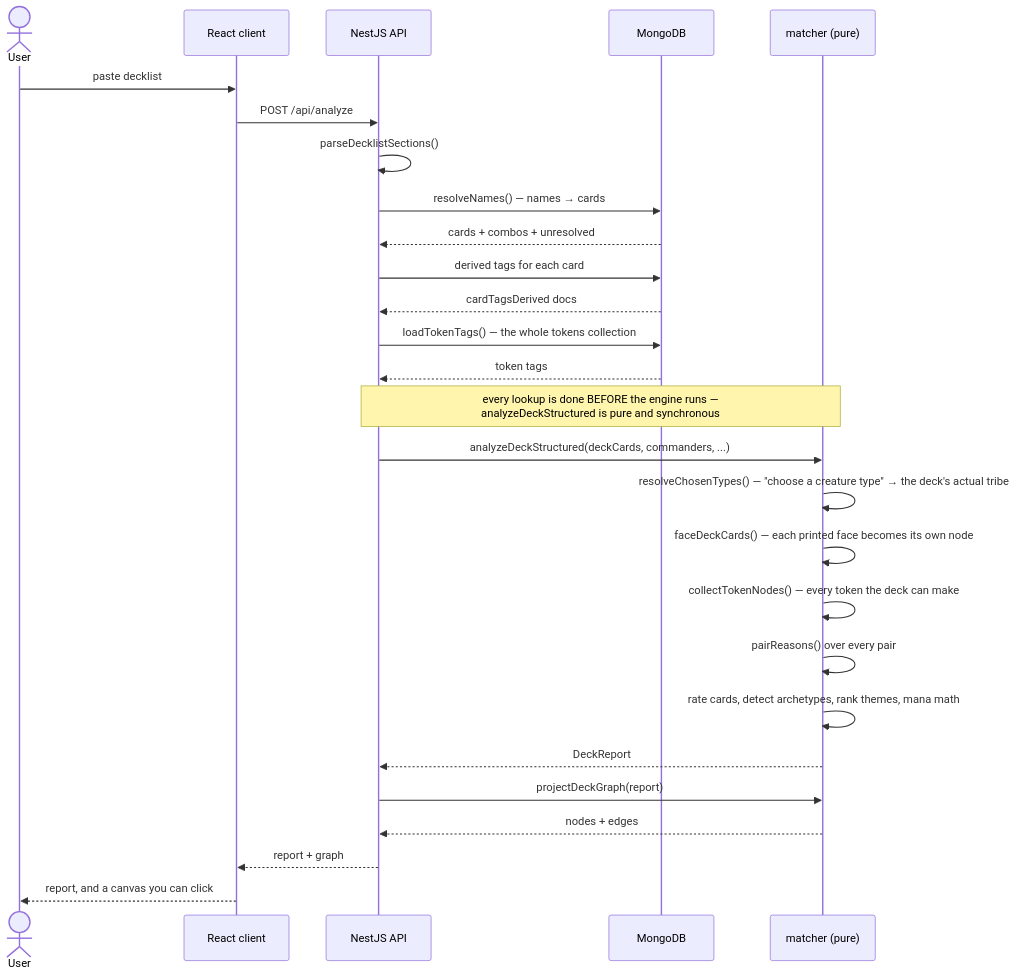
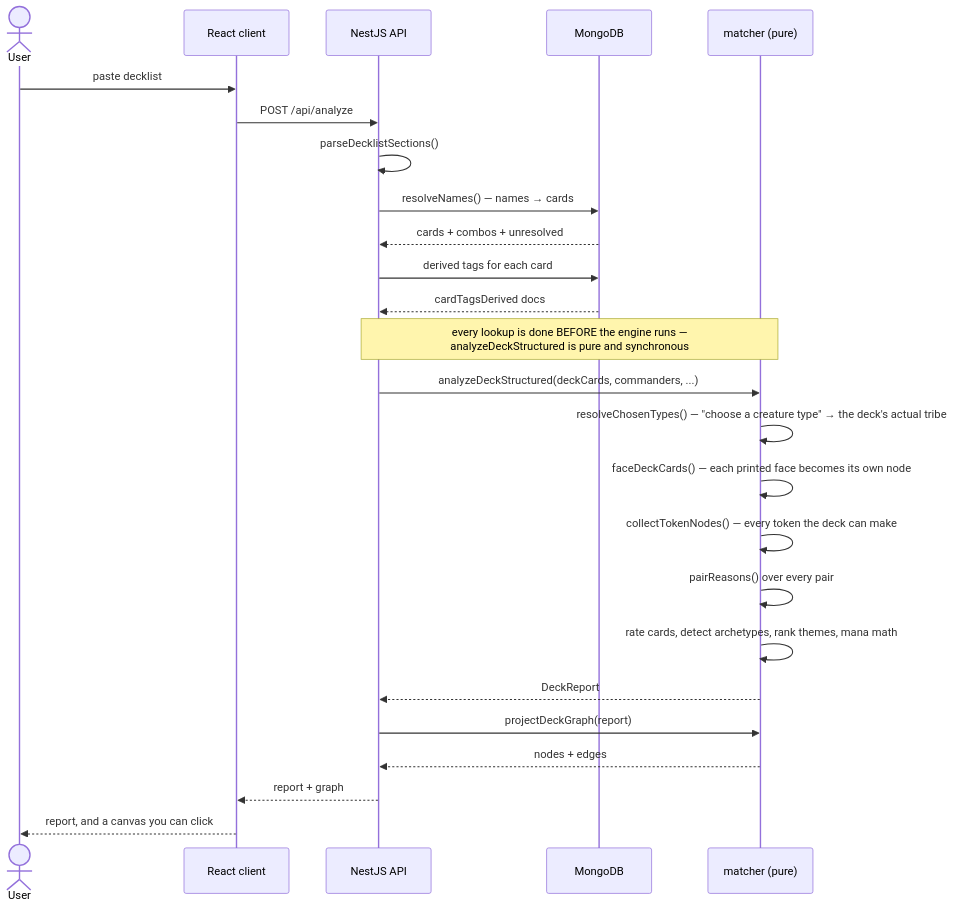
One commit to SetsudanHana/edh-seer changed the third of 4 diagrams in docs/HOW-IT-WORKS.md. Above: the diagram before and after it, drawn with Mermaid. The commit also changed other lines of this file and 31 other files, not shown here.

````diff
--- a/docs/HOW-IT-WORKS.md
+++ b/docs/HOW-IT-WORKS.md
@@ -242,33 +253,31 @@
 ```mermaid
 sequenceDiagram
     actor User
     participant UI as React client
     participant API as NestJS API
     participant DB as MongoDB
     participant M as matcher (pure)
 
     User->>UI: paste decklist
     UI->>API: POST /api/analyze
     API->>API: parseDecklistSections()
     API->>DB: resolveNames() — names → cards
     DB-->>API: cards + combos + unresolved
     API->>DB: derived tags for each card
     DB-->>API: cardTagsDerived docs
-    API->>DB: loadTokenTags() — the whole tokens collection
-    DB-->>API: token tags
 
     Note over API,M: every lookup is done BEFORE the engine runs —<br/>analyzeDeckStructured is pure and synchronous
     API->>M: analyzeDeckStructured(deckCards, commanders, ...)
 
     M->>M: resolveChosenTypes() — "choose a creature type" → the deck's actual tribe
     M->>M: faceDeckCards() — each printed face becomes its own node
     M->>M: collectTokenNodes() — every token the deck can make
     M->>M: pairReasons() over every pair
     M->>M: rate cards, detect archetypes, rank themes, mana math
     M-->>API: DeckReport
 
     API->>M: projectDeckGraph(report)
     M-->>API: nodes + edges
     API-->>UI: report + graph
     UI-->>User: report, and a canvas you can click
 ```
````
